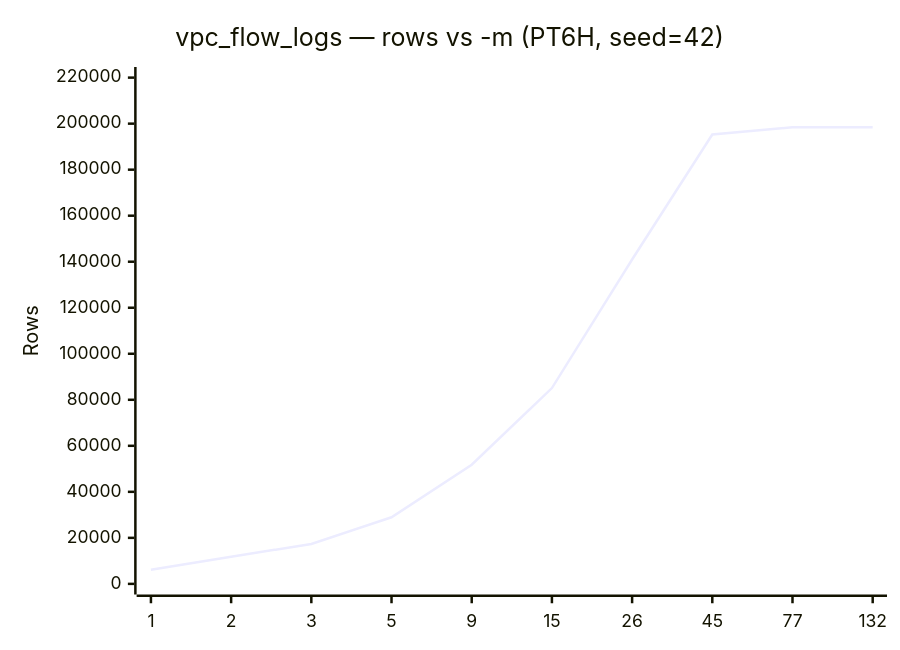
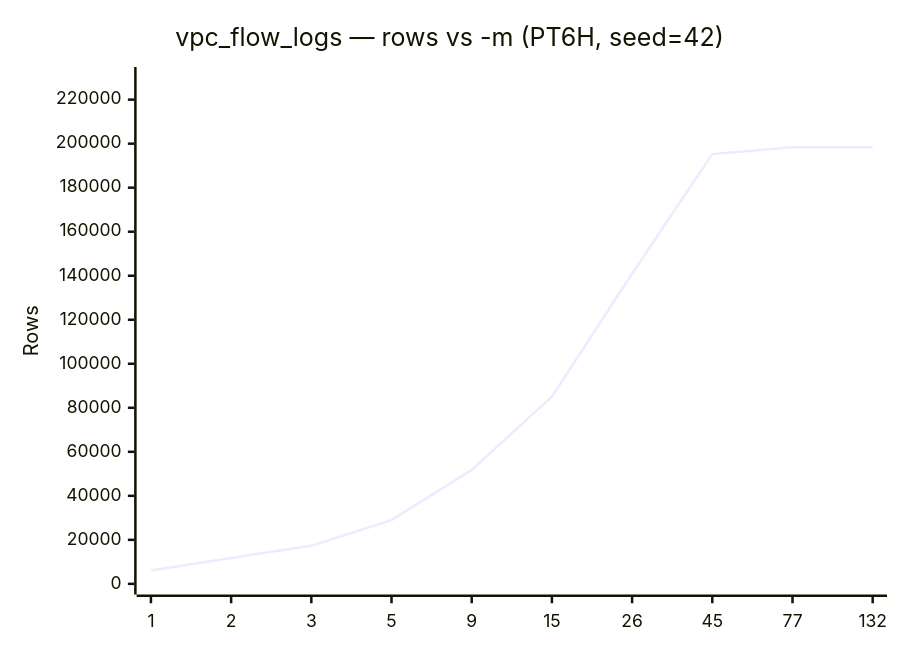
Before and after one commit to implydata/imply-eventgenerator: the second of 2 diagrams in docs/presets/vpc_flow_logs.md, drawn with Mermaid. The commit also changed other lines of this file and 7 other files, not shown here.

````diff
--- a/docs/presets/vpc_flow_logs.md
+++ b/docs/presets/vpc_flow_logs.md
@@ -71,7 +66,7 @@
 ```mermaid
 xychart-beta
     title "vpc_flow_logs — rows vs -m (PT6H, seed=42)"
     x-axis [1, 2, 3, 5, 9, 15, 26, 45, 77, 132]
-    y-axis "Rows" 0 --> 220000
+    y-axis "Rows" 0 --> 230000
     line [6116, 11771, 17362, 28940, 51778, 85101, 140958, 195269, 198392, 198392]
 ```
````
